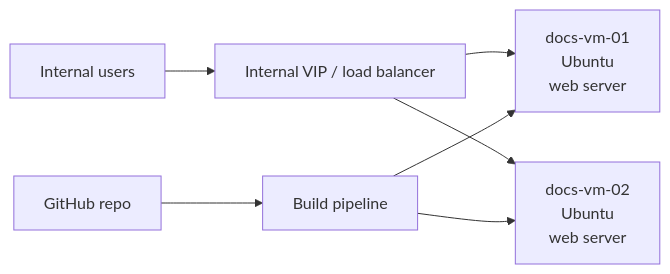
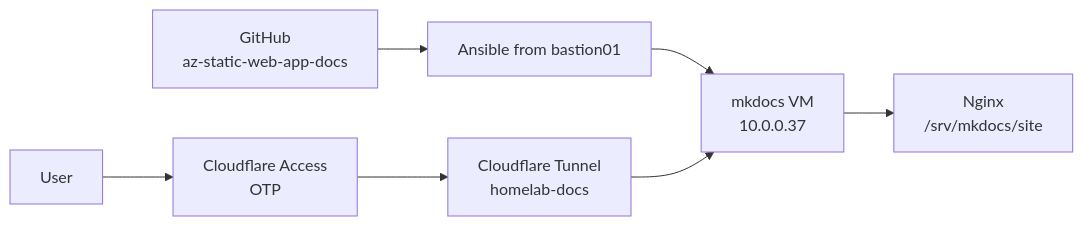
One commit to larsj96/az-static-web-app-docs changed the diagram in docs/self-hosted-docs-platform.md. Above: the diagram before and after it, drawn with Mermaid. The commit also changed other lines of this file and 12 other files, not shown here.

````diff
--- a/docs/self-hosted-docs-platform.md
+++ b/docs/self-hosted-docs-platform.md
@@ -14,9 +42,9 @@
 ```mermaid
 flowchart LR
-  users["Internal users"] --> vip["Internal VIP / load balancer"]
-  vip --> docs1["docs-vm-01\nUbuntu\nweb server"]
-  vip --> docs2["docs-vm-02\nUbuntu\nweb server"]
-  repo["GitHub repo"] --> ci["Build pipeline"]
-  ci --> docs1
-  ci --> docs2
+  repo["GitHub\naz-static-web-app-docs"] --> ansible["Ansible from bastion01"]
+  ansible --> vm["mkdocs VM\n10.0.0.37"]
+  vm --> nginx["Nginx\n/srv/mkdocs/site"]
+  cf["Cloudflare Tunnel\nhomelab-docs"] --> vm
+  user["User"] --> access["Cloudflare Access\nOTP"]
+  access --> cf
 ```
````
